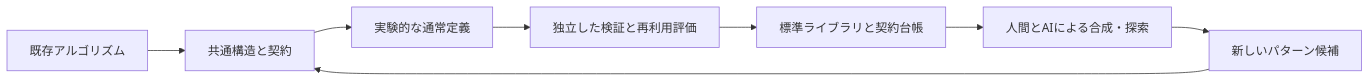
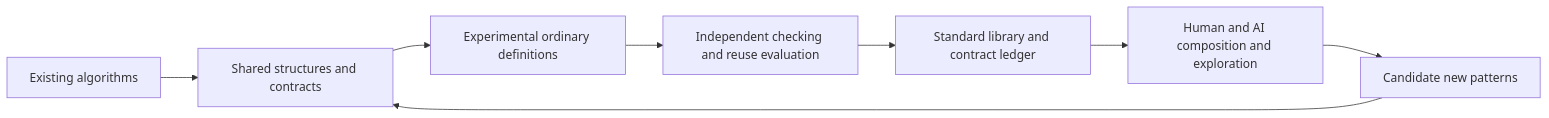
The diagram in docs/stdlib-roadmap.md (MGYamada/Qleisli), drawn with Mermaid before and after one commit. The commit also changed other lines of this file and 35 other files, not shown here.

````diff
--- a/docs/stdlib-roadmap.md
+++ b/docs/stdlib-roadmap.md
@@ -36,10 +102,10 @@
 ```mermaid
 flowchart LR
-    A[既存アルゴリズム] --> B[共通構造と契約]
-    B --> C[実験的な通常定義]
-    C --> D[独立した検証と再利用評価]
-    D --> E[標準ライブラリと契約台帳]
-    E --> F[人間とAIによる合成・探索]
-    F --> G[新しいパターン候補]
+    A[Existing algorithms] --> B[Shared structures and contracts]
+    B --> C[Experimental ordinary definitions]
+    C --> D[Independent checking and reuse evaluation]
+    D --> E[Standard library and contract ledger]
+    E --> F[Human and AI composition and exploration]
+    F --> G[Candidate new patterns]
     G --> B
 ```
````
